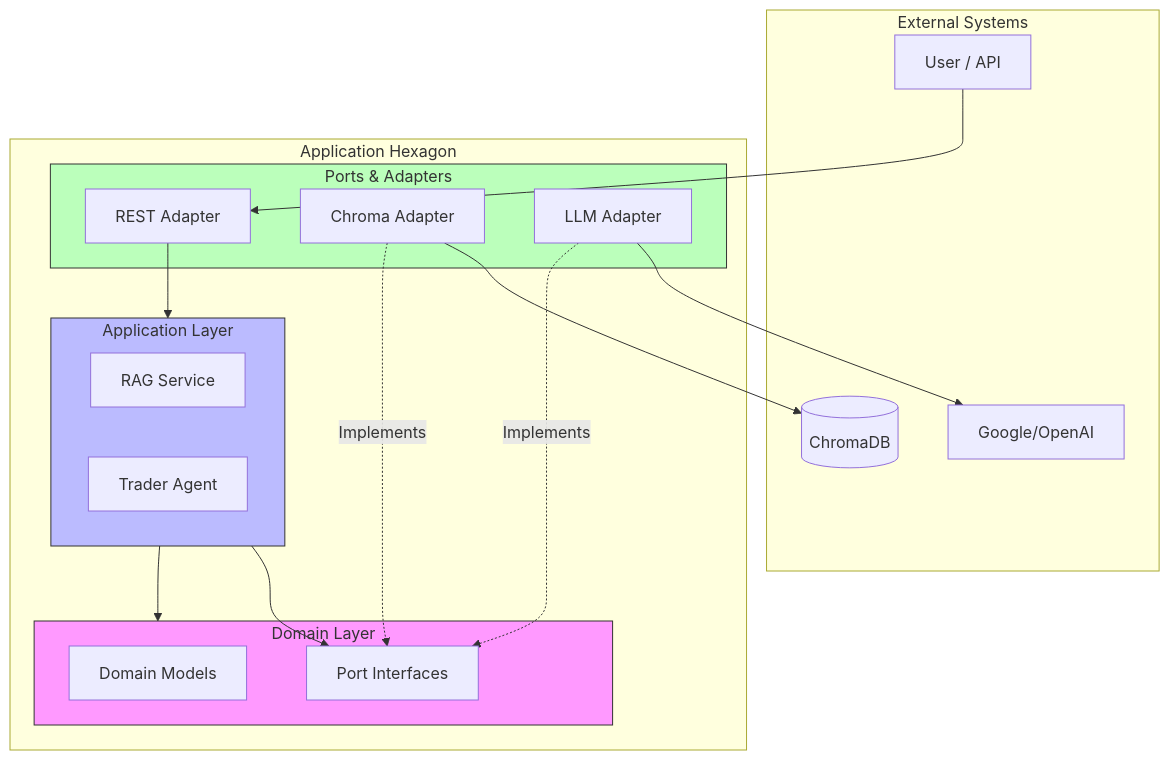
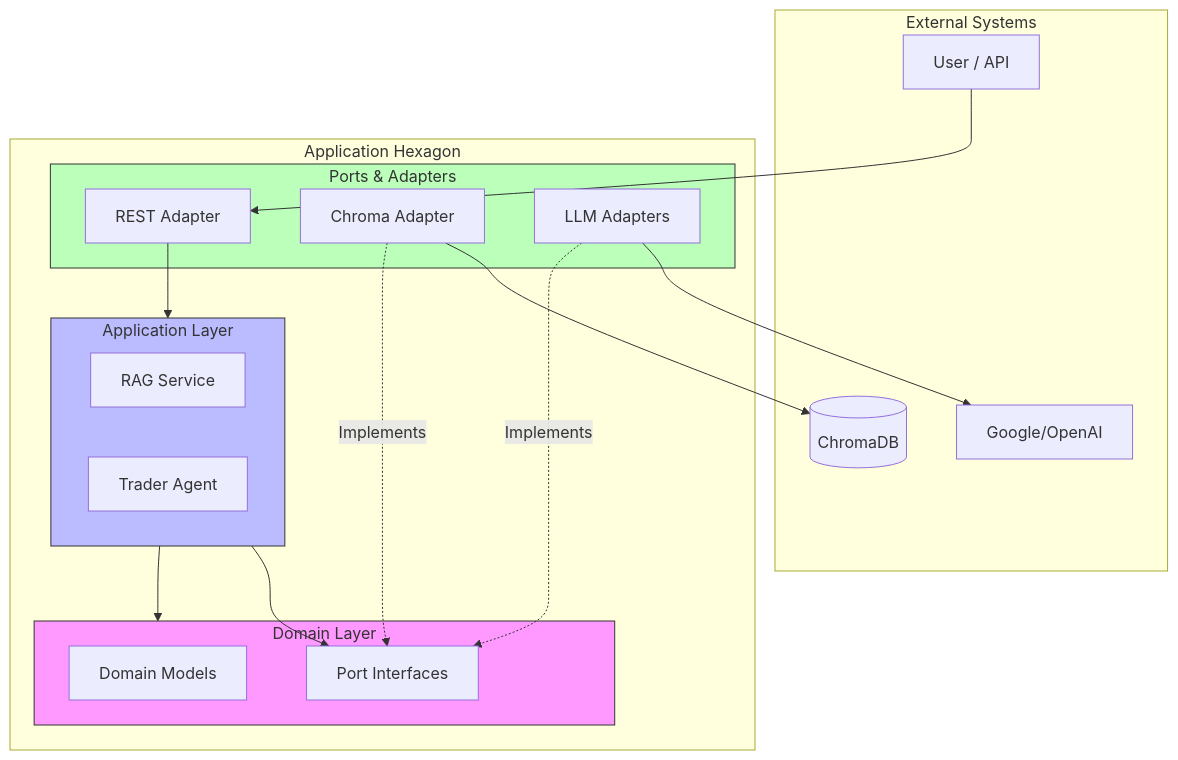
One commit to pabloarancibia/cryptoflow changed the diagram in docs/documentation/diagrams/architecture/hexagonal_layers.mmd. Above: the diagram before and after it, drawn with Mermaid. The commit also changed 14 other files, not shown here.

```diff
--- a/docs/documentation/diagrams/architecture/hexagonal_layers.mmd
+++ b/docs/documentation/diagrams/architecture/hexagonal_layers.mmd
@@ -1,39 +1,39 @@
 flowchart TD
     subgraph External_Systems [External Systems]
         User[User / API]
         DB[(ChromaDB)]
         LLM[Google/OpenAI]
     end
 
     subgraph Hexagon [Application Hexagon]
         subgraph Ports [Ports & Adapters]
             RestAdapter[REST Adapter]
             ChromaAdapter[Chroma Adapter]
-            LLMAdapter[LLM Adapter]
+            LLMAdapter[LLM Adapters]
         end
 
         subgraph Application [Application Layer]
             RAGService[RAG Service]
             AgentService[Trader Agent]
         end
 
         subgraph Domain [Domain Layer]
             Models[Domain Models]
             Interfaces[Port Interfaces]
         end
     end
 
     User --> RestAdapter
     RestAdapter --> Application
     Application --> Domain
     
     Application --> Interfaces
     ChromaAdapter -.->|Implements| Interfaces
     LLMAdapter -.->|Implements| Interfaces
     
     ChromaAdapter --> DB
     LLMAdapter --> LLM
 
     style Domain fill:#f9f,stroke:#333
     style Application fill:#bbf,stroke:#333
     style Ports fill:#bfb,stroke:#333
```
